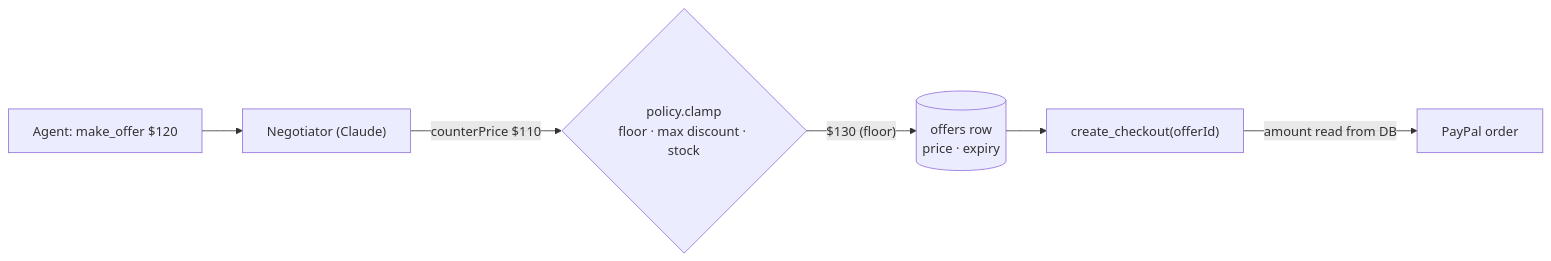
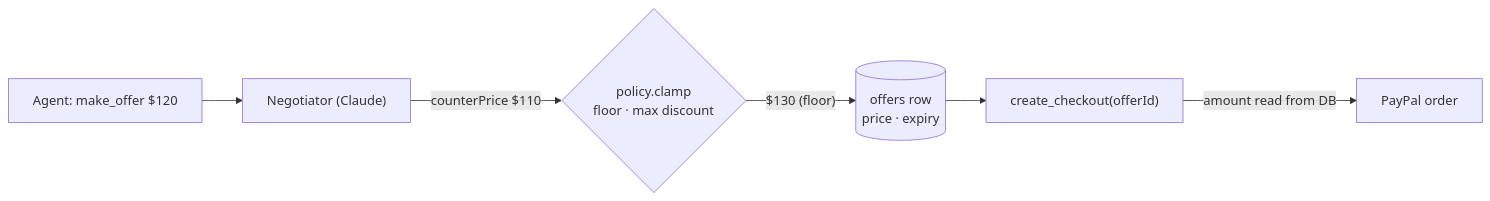
Before and after one commit to xeviert/counter-paypal-agent-commerce: the fourth of 9 diagrams in docs/ARCHITECTURE.md, drawn with Mermaid. The commit also changed other lines of this file and 35 other files, not shown here.

````diff
--- a/docs/ARCHITECTURE.md
+++ b/docs/ARCHITECTURE.md
@@ -249,8 +249,8 @@
 ```mermaid
 flowchart LR
   A["Agent: make_offer $120"] --> N["Negotiator (Claude)"]
-  N -->|"counterPrice $110"| CL{"policy.clamp<br/>floor · max discount · stock"}
+  N -->|"counterPrice $110"| CL{"policy.clamp<br/>floor · max discount"}
   CL -->|"$130 (floor)"| O[("offers row<br/>price · expiry")]
   O --> CK["create_checkout(offerId)"]
   CK -->|"amount read from DB"| PP["PayPal order"]
 ```
````
